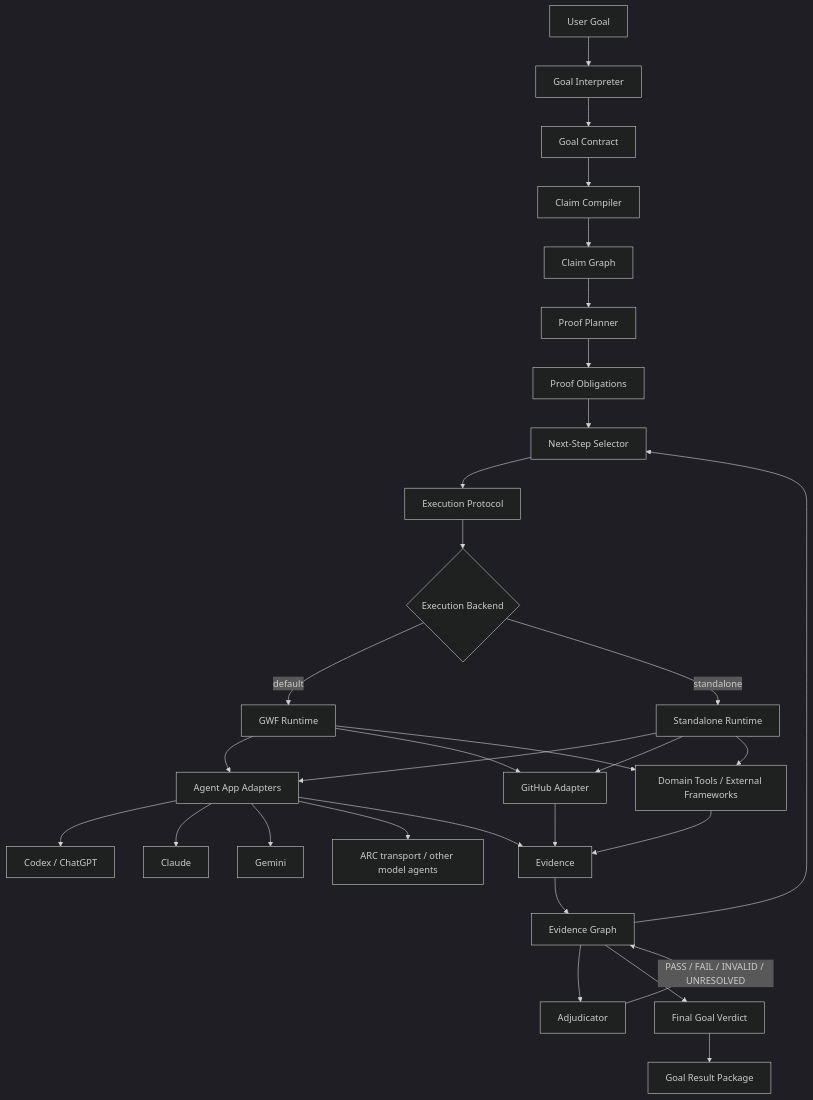
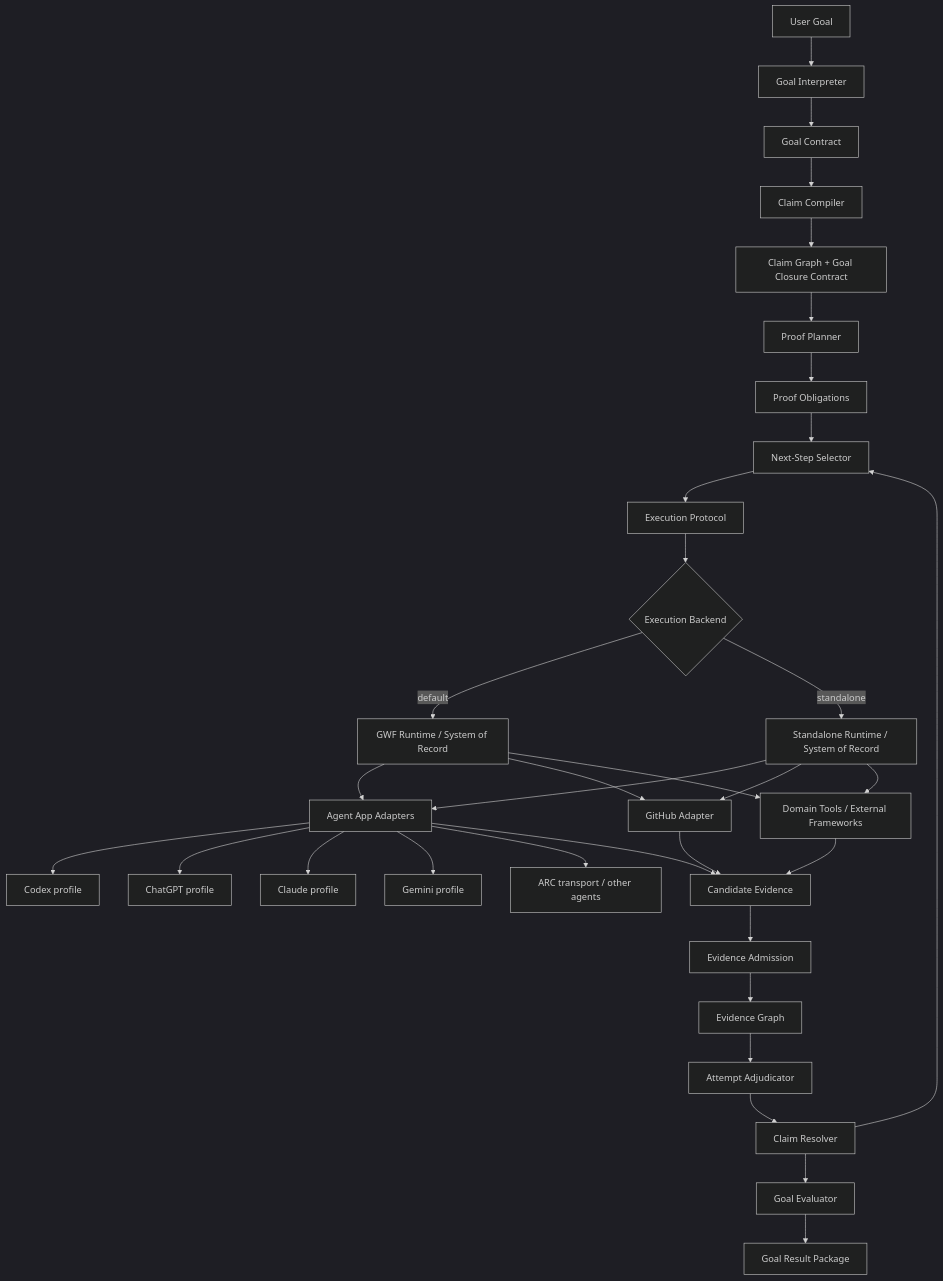
Before and after one commit to minhtri22/GWF: the diagram in g2e/README.md, drawn with Mermaid (dark theme). The commit also changed other lines of this file and 20 other files, not shown here.

````diff
--- a/g2e/README.md
+++ b/g2e/README.md
@@ -20,42 +20,39 @@
 ```mermaid
 flowchart TD
     U[User Goal] --> GI[Goal Interpreter]
     GI --> GC[Goal Contract]
     GC --> CC[Claim Compiler]
-    CC --> CG[Claim Graph]
+    CC --> CG[Claim Graph + Goal Closure Contract]
     CG --> PP[Proof Planner]
     PP --> PO[Proof Obligations]
     PO --> NS[Next-Step Selector]
 
     NS --> EP[Execution Protocol]
     EP --> EX{Execution Backend}
-
-    EX -->|default| GWF[GWF Runtime]
-    EX -->|standalone| SR[Standalone Runtime]
+    EX -->|default| GWF[GWF Runtime / System of Record]
+    EX -->|standalone| SR[Standalone Runtime / System of Record]
 
     GWF --> AA[Agent App Adapters]
     SR --> AA
-
-    AA --> C1[Codex / ChatGPT]
-    AA --> C2[Claude]
-    AA --> C3[Gemini]
-    AA --> C4[ARC transport / other model agents]
+    AA --> C1[Codex profile]
+    AA --> C2[ChatGPT profile]
+    AA --> C3[Claude profile]
+    AA --> C4[Gemini profile]
+    AA --> C5[ARC transport / other agents]
 
     GWF --> GH[GitHub Adapter]
     SR --> GH
-
     GWF --> TOOLS[Domain Tools / External Frameworks]
     SR --> TOOLS
 
-    GH --> EV[Evidence]
+    GH --> EV[Candidate Evidence]
     TOOLS --> EV
     AA --> EV
-
-    EV --> EG[Evidence Graph]
-    EG --> ADJ[Adjudicator]
-    ADJ -->|PASS / FAIL / INVALID / UNRESOLVED| EG
-    EG --> NS
-
-    EG --> FV[Final Goal Verdict]
-    FV --> RP[Goal Result Package]
+    EV --> EA[Evidence Admission]
+    EA --> EG[Evidence Graph]
+    EG --> ADJ[Attempt Adjudicator]
+    ADJ --> CR[Claim Resolver]
+    CR --> NS
+    CR --> GV[Goal Evaluator]
+    GV --> RP[Goal Result Package]
 ```
````
